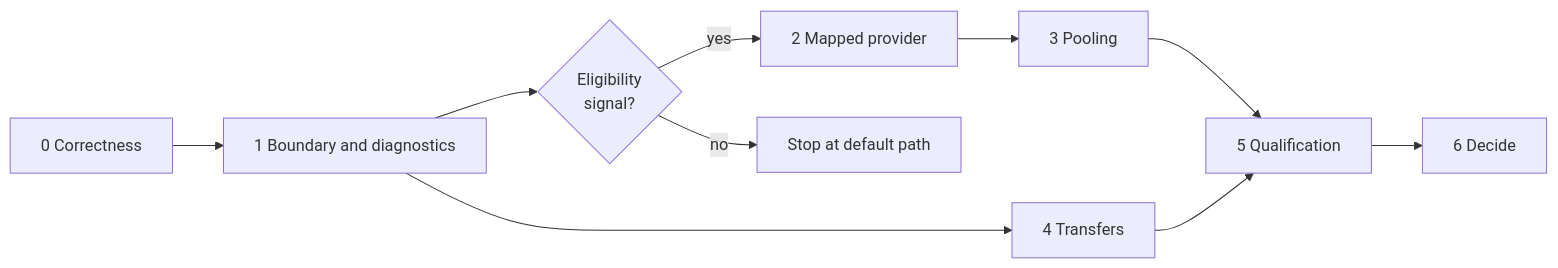
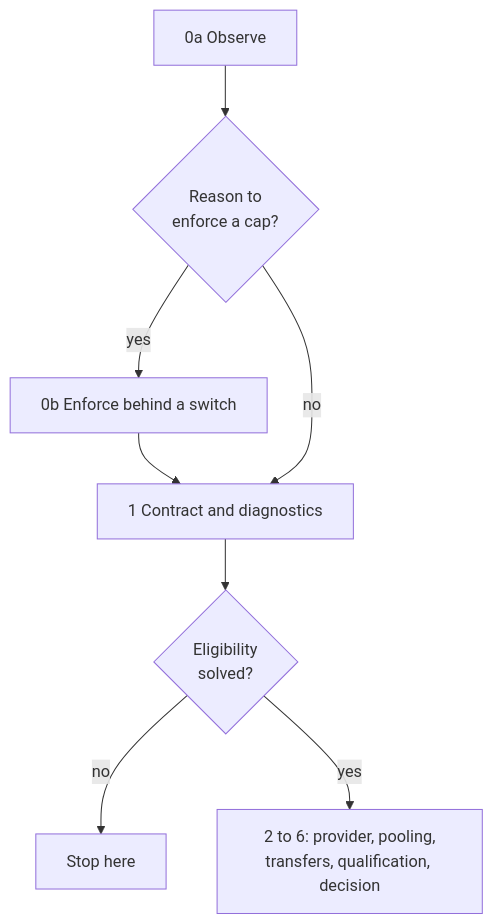
One commit to MacosPorters/betterxen changed the second of 2 diagrams in docs/architecture/proposals/001-unified-memory/README.md. Above: the diagram before and after it, drawn with Mermaid. The commit also changed other lines of this file and 15 other files, not shown here.

First line of the commit message:
docs: correct and tighten the memory architecture draft (#473)

````diff
--- a/docs/architecture/proposals/001-unified-memory/README.md
+++ b/docs/architecture/proposals/001-unified-memory/README.md
@@ -34,7 +45,9 @@
 ```mermaid
-flowchart LR
-  S0[0 Correctness] --> S1[1 Boundary and diagnostics] --> Q{Eligibility<br/>signal?}
-  Q -->|yes| S2[2 Mapped provider] --> S3[3 Pooling] --> S5[5 Qualification] --> S6[6 Decide]
-  S1 --> S4[4 Transfers] --> S5
-  Q -->|no| HALT[Stop at default path]
+flowchart TB
+  S0A["0a Observe"] --> G{Reason to<br/>enforce a cap?}
+  G -->|yes| S0B["0b Enforce behind a switch"] --> S1["1 Contract and diagnostics"]
+  G -->|no| S1
+  S1 --> Q{Eligibility<br/>solved?}
+  Q -->|no| HALT[Stop here]
+  Q -->|yes| LATER["2 to 6: provider, pooling,<br/>transfers, qualification, decision"]
 ```
````
